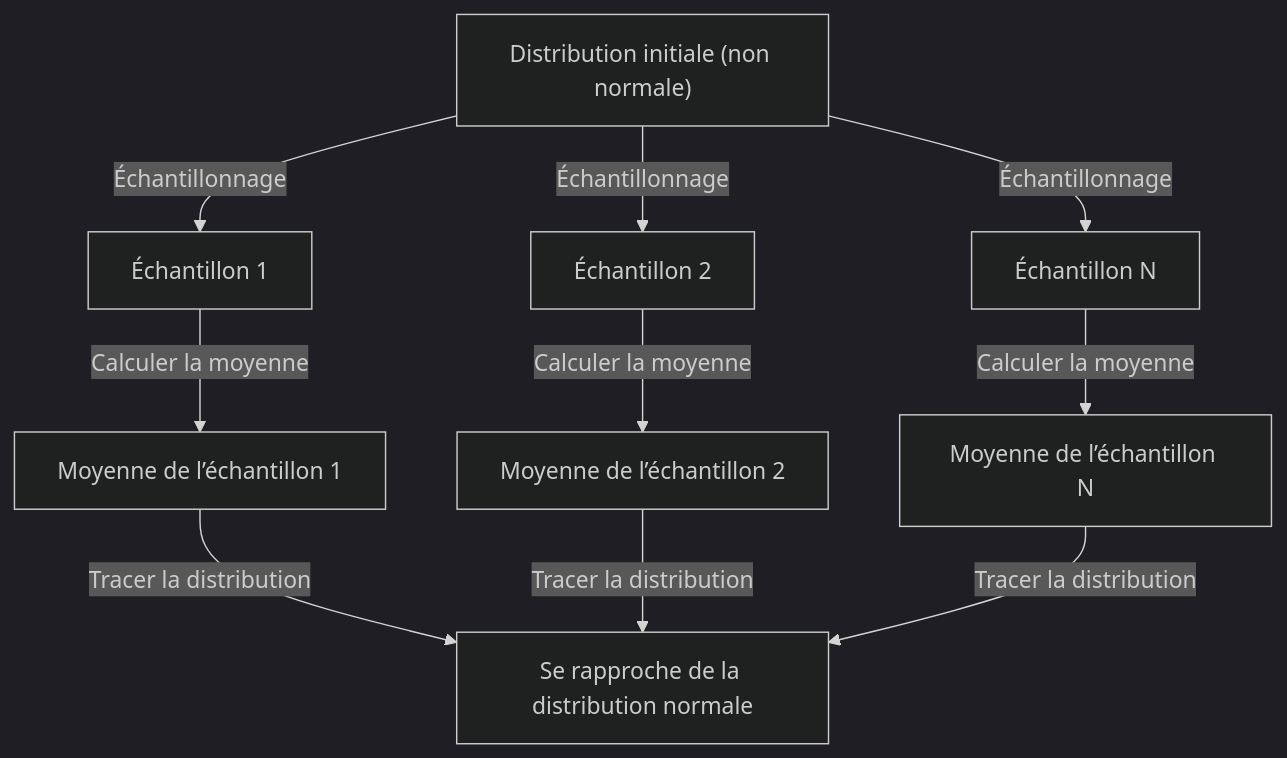
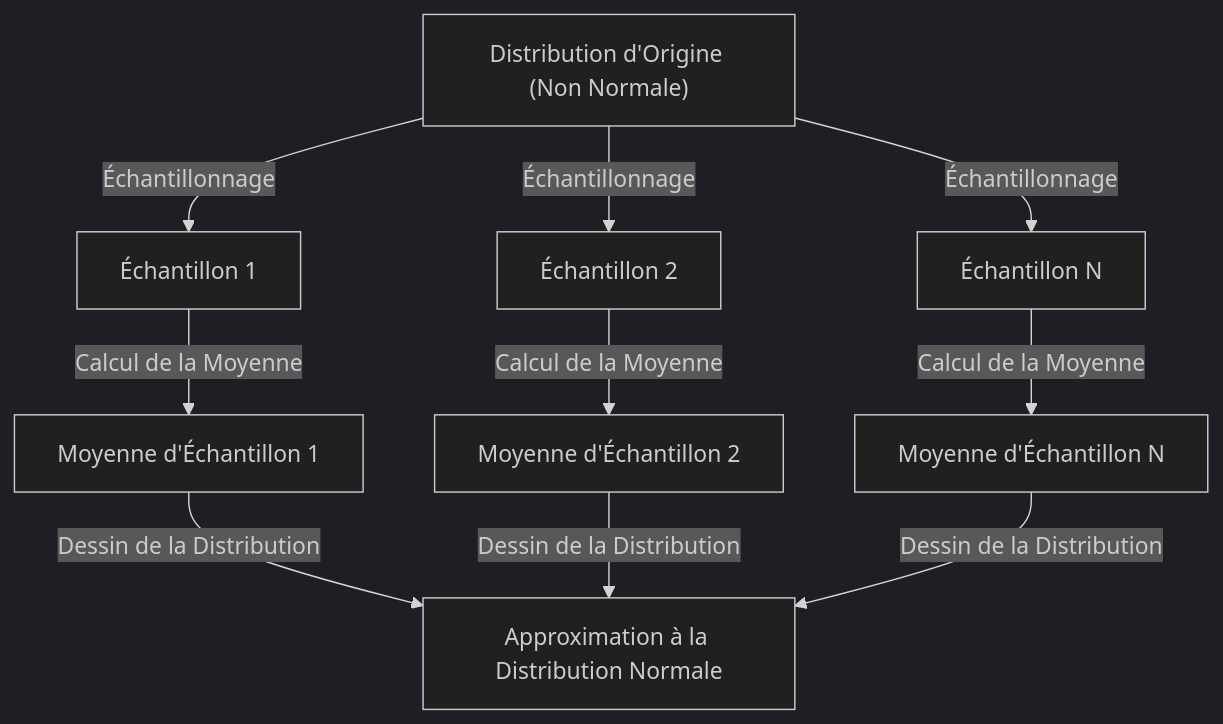
Before and after one commit to kenjinote/blog: the diagram in content/post/central-limit-theorem/index.fr.md, drawn with Mermaid (dark theme). The commit also changed other lines of this file and 97 other files, not shown here.

````diff
--- a/content/post/central-limit-theorem/index.fr.md
+++ b/content/post/central-limit-theorem/index.fr.md
@@ -47,12 +43,12 @@
 ```mermaid
 graph TD
-    A["Distribution initiale (non normale)"] -->|"Échantillonnage"| B["Échantillon 1"]
+    A["Distribution d'Origine (Non Normale)"] -->|"Échantillonnage"| B["Échantillon 1"]
     A -->|"Échantillonnage"| C["Échantillon 2"]
     A -->|"Échantillonnage"| D["Échantillon N"]
-    B -->|"Calculer la moyenne"| E["Moyenne de l’échantillon 1"]
-    C -->|"Calculer la moyenne"| F["Moyenne de l’échantillon 2"]
-    D -->|"Calculer la moyenne"| G["Moyenne de l’échantillon N"]
-    E -->|"Tracer la distribution"| H["Se rapproche de la distribution normale"]
-    F -->|"Tracer la distribution"| H
-    G -->|"Tracer la distribution"| H
+    B -->|"Calcul de la Moyenne"| E["Moyenne d'Échantillon 1"]
+    C -->|"Calcul de la Moyenne"| F["Moyenne d'Échantillon 2"]
+    D -->|"Calcul de la Moyenne"| G["Moyenne d'Échantillon N"]
+    E -->|"Dessin de la Distribution"| H["Approximation à la Distribution Normale"]
+    F -->|"Dessin de la Distribution"| H
+    G -->|"Dessin de la Distribution"| H
 ```
````
